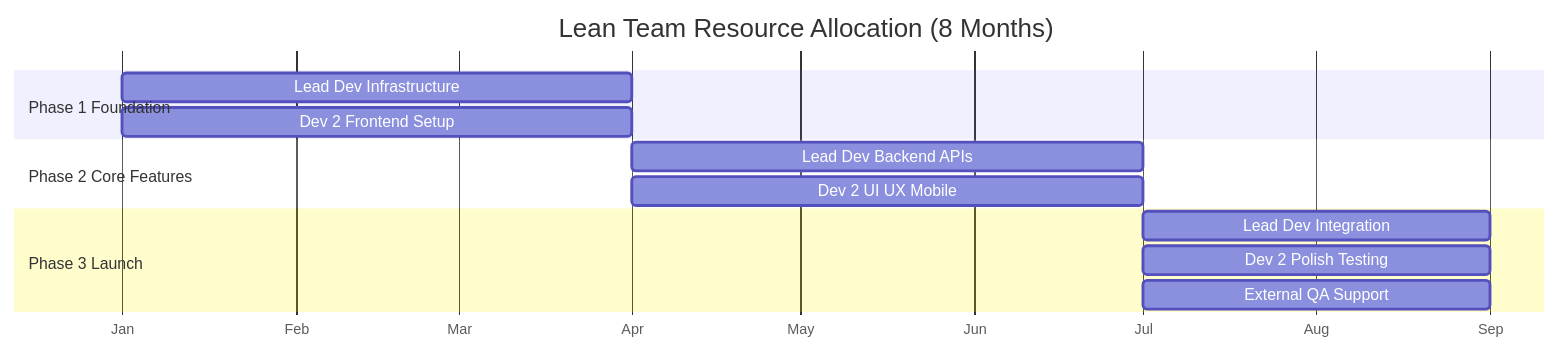
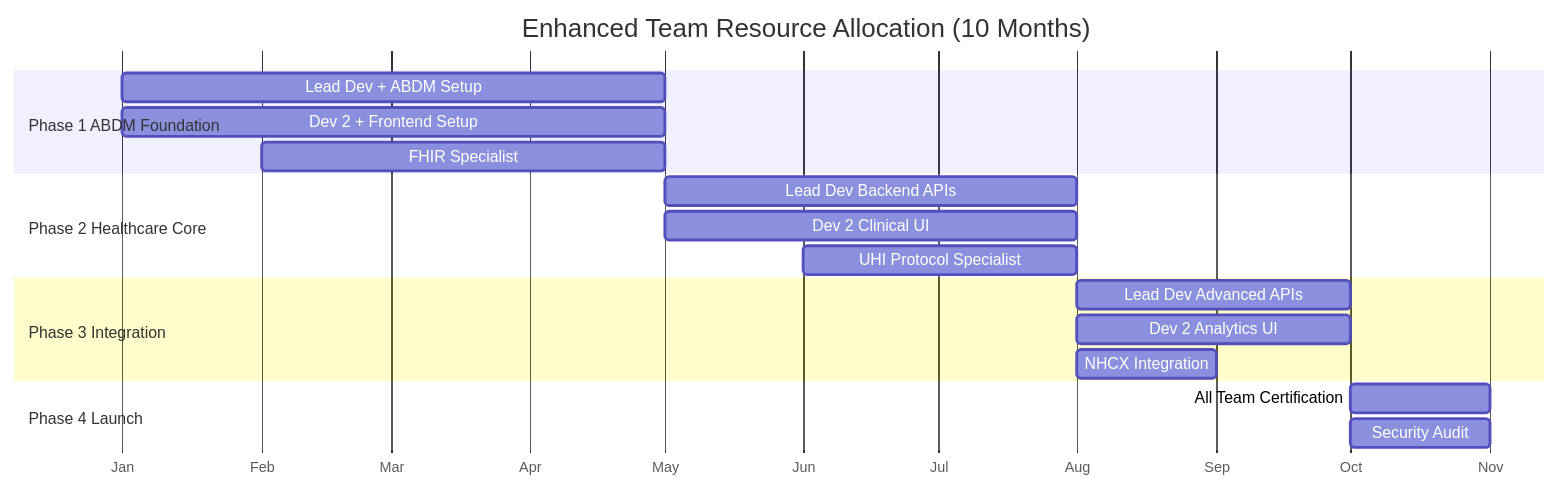
Before and after one commit to health-tech-uhi/blueprint: the sixth of 11 diagrams in 05-implementation-plan.md, drawn with Mermaid. The commit also changed other lines of this file and 8 other files, not shown here.

````diff
--- a/05-implementation-plan.md
+++ b/05-implementation-plan.md
@@ -520,19 +620,25 @@
 ```mermaid
 gantt
-    title Lean Team Resource Allocation (8 Months)
+    title Enhanced Team Resource Allocation (10 Months)
     dateFormat  YYYY-MM-DD
     axisFormat  %b
     
-    section Phase 1 Foundation
-    Lead Dev Infrastructure    :p1-lead, 2024-01-01, 3M
-    Dev 2 Frontend Setup      :p1-dev2, 2024-01-01, 3M
+    section Phase 1 ABDM Foundation
+    Lead Dev + ABDM Setup     :p1-lead, 2024-01-01, 4M
+    Dev 2 + Frontend Setup    :p1-dev2, 2024-01-01, 4M
+    FHIR Specialist          :p1-fhir, 2024-02-01, 3M
     
-    section Phase 2 Core Features
-    Lead Dev Backend APIs     :p2-lead, 2024-04-01, 3M
-    Dev 2 UI UX Mobile       :p2-dev2, 2024-04-01, 3M
+    section Phase 2 Healthcare Core
+    Lead Dev Backend APIs     :p2-lead, 2024-05-01, 3M
+    Dev 2 Clinical UI        :p2-dev2, 2024-05-01, 3M
+    UHI Protocol Specialist  :p2-uhi, 2024-06-01, 2M
     
-    section Phase 3 Launch
-    Lead Dev Integration      :p3-lead, 2024-07-01, 2M
-    Dev 2 Polish Testing     :p3-dev2, 2024-07-01, 2M
-    External QA Support       :p3-qa, 2024-07-01, 2M
+    section Phase 3 Integration
+    Lead Dev Advanced APIs    :p3-lead, 2024-08-01, 2M
+    Dev 2 Analytics UI       :p3-dev2, 2024-08-01, 2M
+    NHCX Integration         :p3-nhcx, 2024-08-01, 1M
+    
+    section Phase 4 Launch
+    All Team Certification   :p4-all, 2024-10-01, 1M
+    Security Audit           :p4-sec, 2024-10-01, 1M
 ```
````
